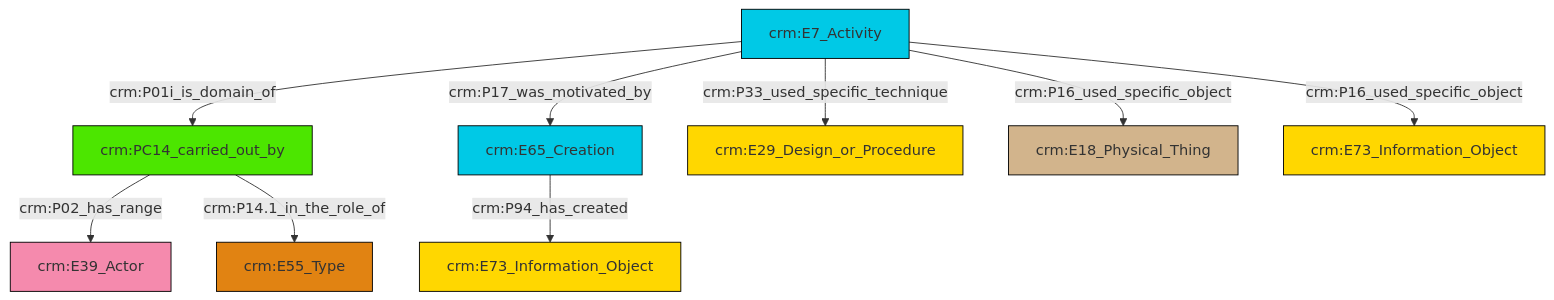
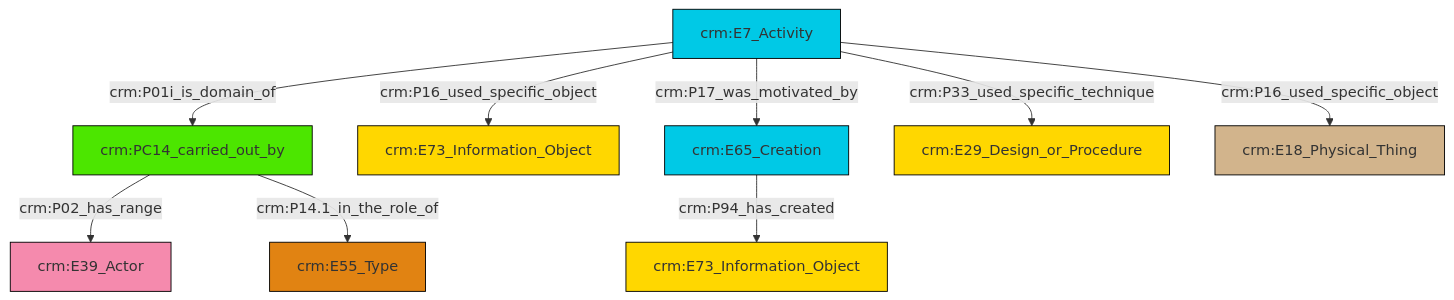
Before and after one commit to swiss-art-research-net/reference-data-models: the diagram in et/eventCSV/ttl/mmd/event_participation.ttl.mmd, drawn with Mermaid. The commit also changed 125 other files, not shown here.

```diff
--- a/et/eventCSV/ttl/mmd/event_participation.ttl.mmd
+++ b/et/eventCSV/ttl/mmd/event_participation.ttl.mmd
@@ -1,23 +1,23 @@
 graph TD
 classDef Literal fill:#f2f2f2,stroke:#000000;
 classDef CRM_Entity fill:#FFFFFF,stroke:#000000;
 classDef Temporal_Entity fill:#00C9E6, stroke:#000000;
 classDef Type fill:#E18312, stroke:#000000;
 classDef Time-Span fill:#2C9C91, stroke:#000000;
 classDef Appellation fill:#FFEB7F, stroke:#000000;
 classDef Place fill:#008836, stroke:#000000;
 classDef Persistent_Item fill:#B266B2, stroke:#000000;
 classDef Conceptual_Object fill:#FFD700, stroke:#000000;
 classDef Physical_Thing fill:#D2B48C, stroke:#000000;
 classDef Actor fill:#f58aad, stroke:#000000;
 classDef PC_Classes fill:#4ce600, stroke:#000000;
 classDef Multi fill:#cccccc,stroke:#000000;
 
-0["crm:PC14_carried_out_by"]:::PC_Classes -->|crm:P02_has_range| 1["crm:E39_Actor"]:::Actor
-7["crm:E7_Activity"]:::Temporal_Entity -->|crm:P01i_is_domain_of| 0["crm:PC14_carried_out_by"]:::PC_Classes
-2["crm:E65_Creation"]:::Temporal_Entity -->|crm:P94_has_created| 8["crm:E73_Information_Object"]:::Conceptual_Object
-7["crm:E7_Activity"]:::Temporal_Entity -->|crm:P16_used_specific_object| 9["crm:E18_Physical_Thing"]:::Physical_Thing
-7["crm:E7_Activity"]:::Temporal_Entity -->|crm:P17_was_motivated_by| 2["crm:E65_Creation"]:::Temporal_Entity
-7["crm:E7_Activity"]:::Temporal_Entity -->|crm:P16_used_specific_object| 11["crm:E73_Information_Object"]:::Conceptual_Object
-7["crm:E7_Activity"]:::Temporal_Entity -->|crm:P33_used_specific_technique| 5["crm:E29_Design_or_Procedure"]:::Conceptual_Object
-0["crm:PC14_carried_out_by"]:::PC_Classes -->|crm:P14.1_in_the_role_of| 15["crm:E55_Type"]:::Type
+0["crm:E7_Activity"]:::Temporal_Entity -->|crm:P01i_is_domain_of| 1["crm:PC14_carried_out_by"]:::PC_Classes
+0["crm:E7_Activity"]:::Temporal_Entity -->|crm:P16_used_specific_object| 2["crm:E73_Information_Object"]:::Conceptual_Object
+4["crm:E65_Creation"]:::Temporal_Entity -->|crm:P94_has_created| 5["crm:E73_Information_Object"]:::Conceptual_Object
+1["crm:PC14_carried_out_by"]:::PC_Classes -->|crm:P02_has_range| 6["crm:E39_Actor"]:::Actor
+0["crm:E7_Activity"]:::Temporal_Entity -->|crm:P33_used_specific_technique| 7["crm:E29_Design_or_Procedure"]:::Conceptual_Object
+0["crm:E7_Activity"]:::Temporal_Entity -->|crm:P16_used_specific_object| 8["crm:E18_Physical_Thing"]:::Physical_Thing
+0["crm:E7_Activity"]:::Temporal_Entity -->|crm:P17_was_motivated_by| 4["crm:E65_Creation"]:::Temporal_Entity
+1["crm:PC14_carried_out_by"]:::PC_Classes -->|crm:P14.1_in_the_role_of| 14["crm:E55_Type"]:::Type
```
